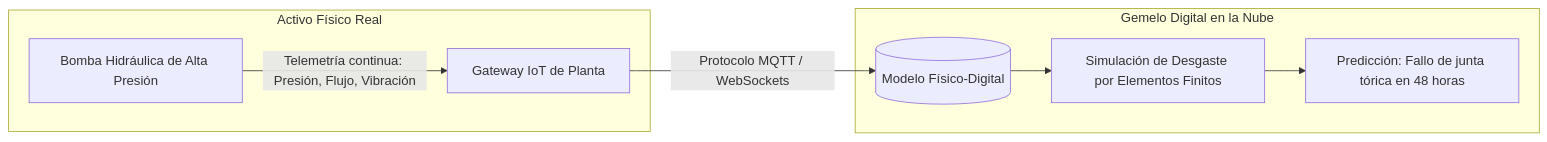
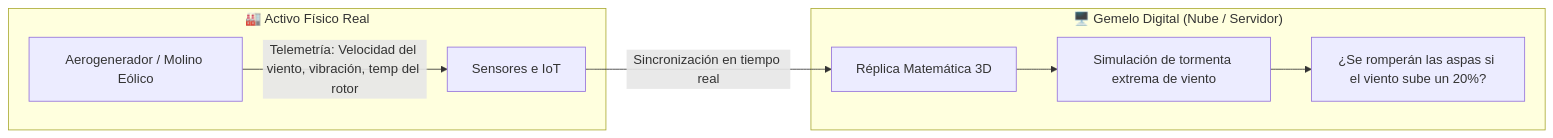
The third of 6 diagrams in docs/temas/01-digitalizacion/02-sistemas-ciberfisicos-tecnologias.md (jssdocente/dasp2627d), drawn with Mermaid before and after one commit. The commit also changed other lines of this file and 2 other files, not shown here.

````diff
--- a/docs/temas/01-digitalizacion/02-sistemas-ciberfisicos-tecnologias.md
+++ b/docs/temas/01-digitalizacion/02-sistemas-ciberfisicos-tecnologias.md
@@ -112,12 +116,12 @@
 ```mermaid
 flowchart LR
-    subgraph Activo Físico Real
-        P[Bomba Hidráulica de Alta Presión] -->|Telemetría continua: Presión, Flujo, Vibración| GW[Gateway IoT de Planta]
+    subgraph Realidad ["🏭 Activo Físico Real"]
+        M["Aerogenerador / Molino Eólico"] -->|Telemetría: Velocidad del viento, vibración, temp del rotor| GW["Sensores e IoT"]
     end
 
-    subgraph Gemelo Digital en la Nube
-        GW -->|Protocolo MQTT / WebSockets| TWIN[(Modelo Físico-Digital)]
-        TWIN --> SIM[Simulación de Desgaste por Elementos Finitos]
-        SIM --> PRED[Predicción: Fallo de junta tórica en 48 horas]
+    subgraph Virtual ["🖥️ Gemelo Digital (Nube / Servidor)"]
+        GW -->|Sincronización en tiempo real| TW["Réplica Matemática 3D"]
+        TW --> SIM["Simulación de tormenta extrema de viento"]
+        SIM --> DEC["¿Se romperán las aspas si el viento sube un 20%?"]
     end
 ```
````
